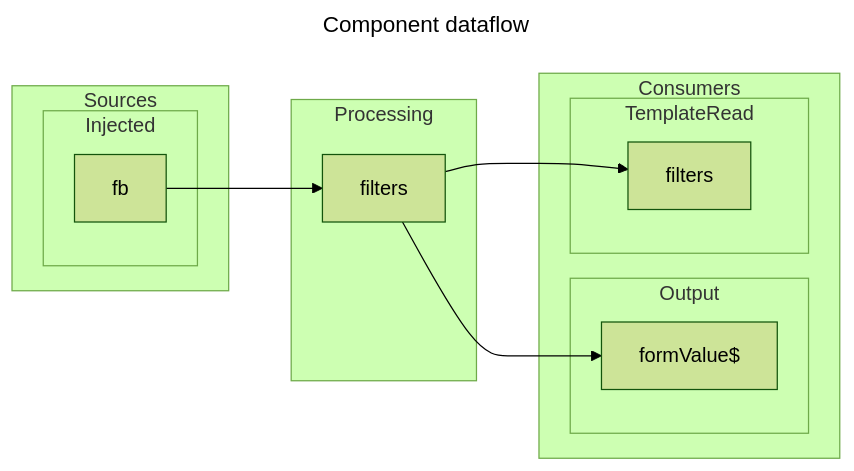
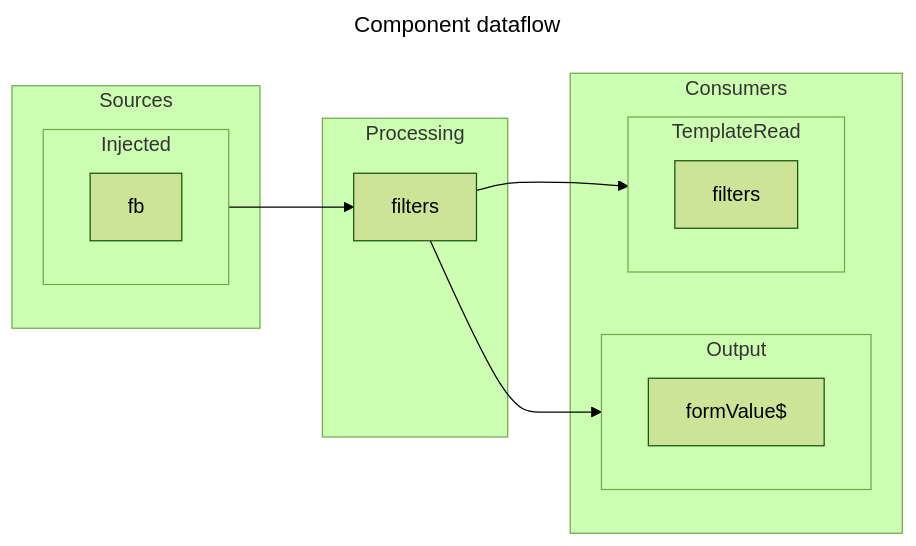
Before and after one commit to earthdmitriy/rx-evo: the first of 2 diagrams in src/app/components/content/clients-filter-form/clients-filter-form.component.dataflow.md, drawn with Mermaid (forest theme). The commit also changed other lines of this file and 39 other files, not shown here.

Commit message:
updated dataflow diagrams

````diff
--- a/src/app/components/content/clients-filter-form/clients-filter-form.component.dataflow.md
+++ b/src/app/components/content/clients-filter-form/clients-filter-form.component.dataflow.md
@@ -3,36 +3,39 @@
 ```mermaid
 ---
 title: Component dataflow
 ---
 graph LR
     subgraph Sources
         subgraph Injected
+            direction LR
             Source_fb["
                 fb
             "]
         end
     end
     subgraph Processing
         Processing_filters["
             filters
         "]
     end
     subgraph Consumers
         subgraph Output
+            direction LR
             Consumer_formValue$["
                 formValue$
             "]
         end
         subgraph TemplateRead
+            direction LR
             Consumer_filters["
                 filters
             "]
         end
     end
     Sources ~~~ Processing
     Processing ~~~ Consumers
     Source_fb --> Processing_filters
     Processing_filters --> Consumer_formValue$
     Processing_filters --> Consumer_filters
 
 ```
````
